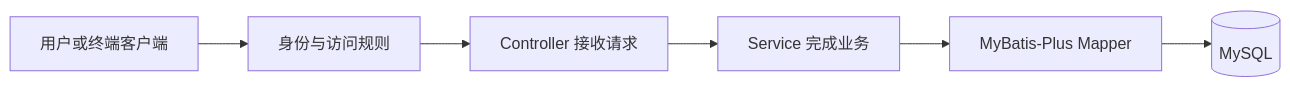
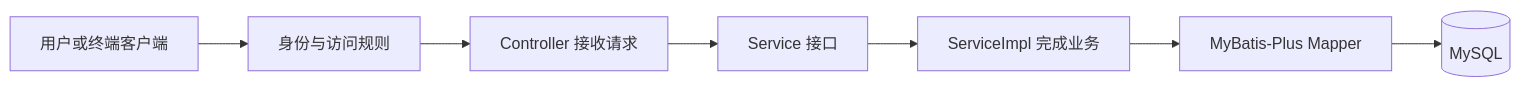
The diagram in docs/project-reading-guide.md (op1ed/appointment-manager), drawn with Mermaid before and after one commit. The commit also changed other lines of this file and 21 other files, not shown here.

````diff
--- a/docs/project-reading-guide.md
+++ b/docs/project-reading-guide.md
@@ -54,8 +55,9 @@
 ```mermaid
 flowchart LR
     CLIENT[用户或终端客户端] --> SECURITY[身份与访问规则]
     SECURITY --> CONTROLLER[Controller 接收请求]
-    CONTROLLER --> SERVICE[Service 完成业务]
-    SERVICE --> MAPPER[MyBatis-Plus Mapper]
+    CONTROLLER --> SERVICE[Service 接口]
+    SERVICE --> IMPL[ServiceImpl 完成业务]
+    IMPL --> MAPPER[MyBatis-Plus Mapper]
     MAPPER --> DB[(MySQL)]
 ```
````
